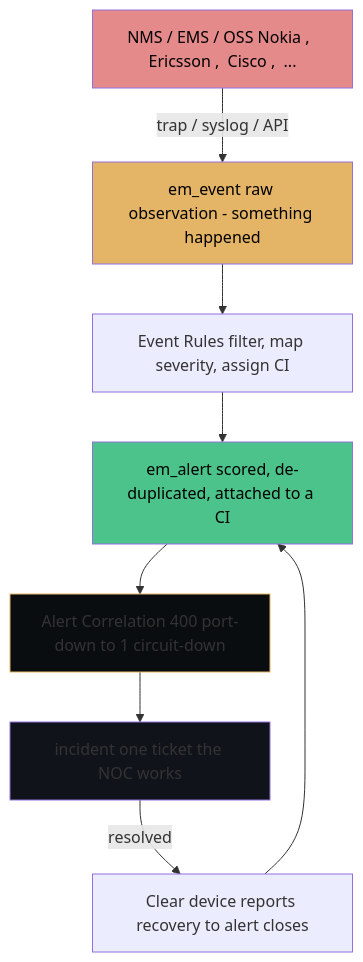
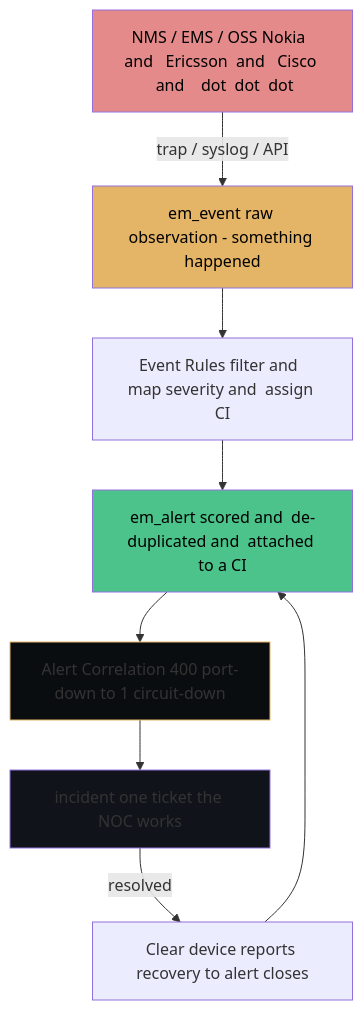
The first of 6 diagrams in docs/modules/tsom/tsom-guide.md (eltonaguiar/ServiceNow_Learning_TSOM-_CSM_FSM_SalesCRM_HAM_ITSM), drawn with Mermaid before and after one commit. The commit also changed other lines of this file and 19 other files, not shown here.

Commit message:
Fix all Mermaid diagram special characters - replace dollar, parens, slashes, quotes, pipes, nested brackets and other unsafe chars inside brackets with safe alternatives across 19 files

````diff
--- a/docs/modules/tsom/tsom-guide.md
+++ b/docs/modules/tsom/tsom-guide.md
@@ -651,25 +651,25 @@
 ```mermaid
 flowchart TD
-    NMS[NMS / EMS / OSS Nokia ,  Ericsson ,  Cisco ,  ...]
+    NMS[NMS / EMS / OSS Nokia  and   Ericsson  and   Cisco  and    dot  dot  dot ]
     Event[em_event raw observation - something happened]
-    Rules[Event Rules filter, map severity, assign CI]
-    Alert[em_alert scored, de-duplicated, attached to a CI]
+    Rules[Event Rules filter and  map severity and  assign CI]
+    Alert[em_alert scored and  de-duplicated and  attached to a CI]
     Corr[Alert Correlation 400 port-down to 1 circuit-down]
     Incident[incident one ticket the NOC works]
     Clear[Clear device reports recovery to alert closes]
 
     NMS -->|trap / syslog / API| Event
     Event --> Rules
     Rules --> Alert
     Alert --> Corr
     Corr --> Incident
     Incident -->|resolved| Clear
     Clear --> Alert
 
     style NMS fill:#e58a8a,color:#000
     style Event fill:#e5b567,color:#000
     style Alert fill:#4cc38a,color:#000
     style Corr fill:#0a0d10,stroke:#e5b567
     style Incident fill:#10141a
 
 ```
````
